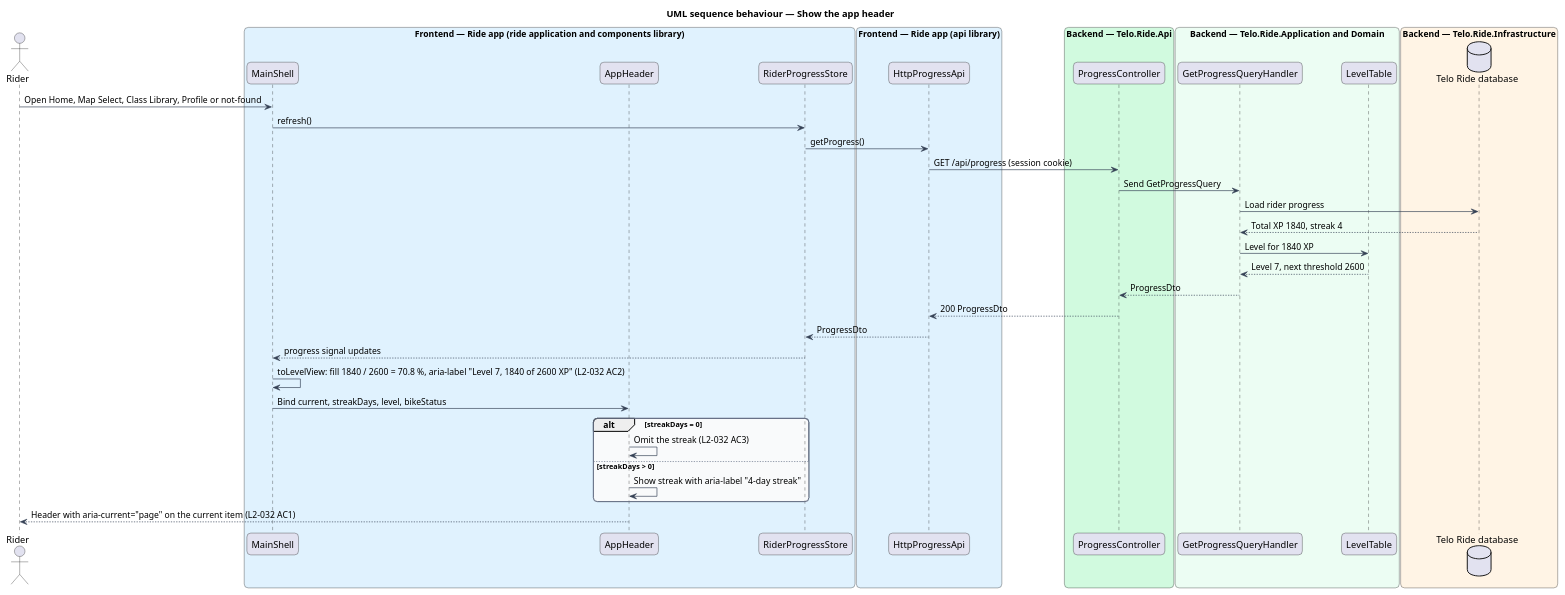
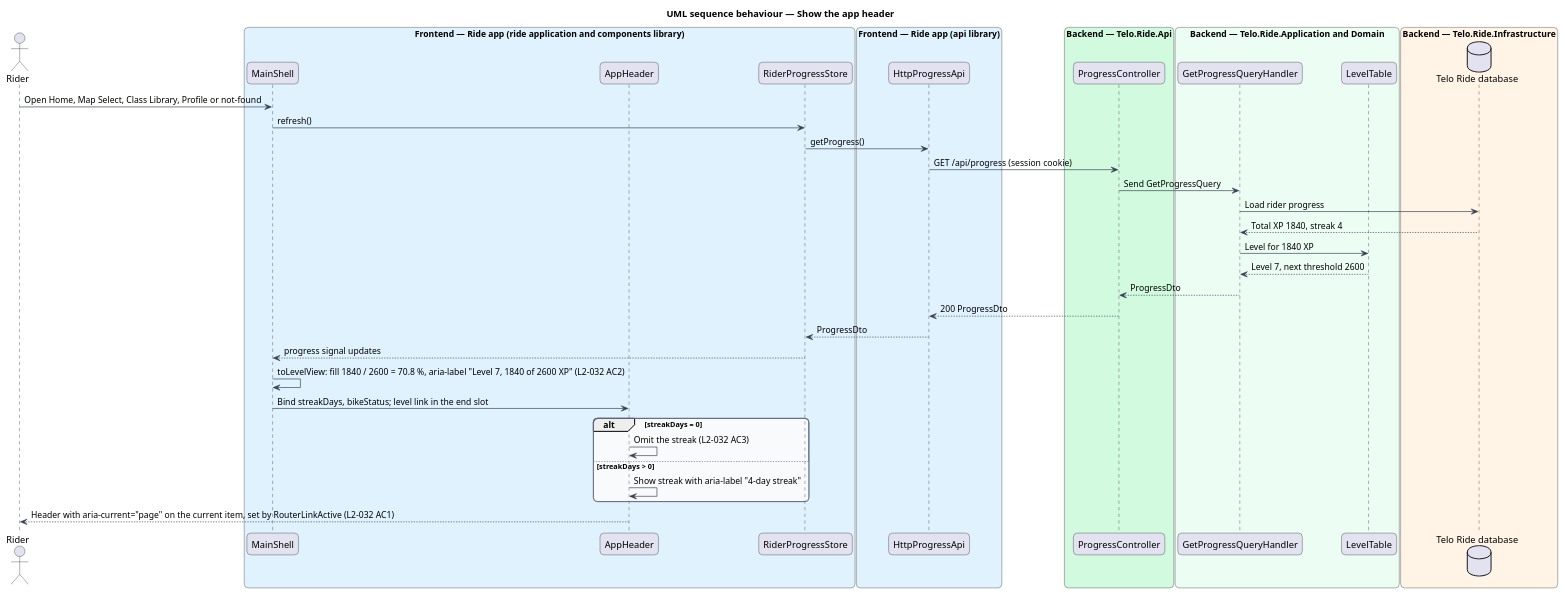
Before and after one commit to QuinntyneBrown/ride-one: the diagram in docs/detailed-designs/home/show-the-app-header/diagrams/sequence-show-header.puml, drawn with PlantUML. The commit also changed 128 other files, not shown here.

```diff
--- a/docs/detailed-designs/home/show-the-app-header/diagrams/sequence-show-header.puml
+++ b/docs/detailed-designs/home/show-the-app-header/diagrams/sequence-show-header.puml
@@ -1,57 +1,57 @@
 @startuml
 title UML sequence behaviour — Show the app header
 skinparam backgroundColor #FFFFFF
 skinparam shadowing false
 skinparam roundcorner 12
 skinparam defaultFontName Arial
 skinparam ArrowColor #344054
 skinparam rectangle {
   BorderColor #344054
   FontColor #101828
 }
 skinparam package {
   BorderColor #667085
   FontColor #101828
   BackgroundColor #F9FAFB
 }
 actor "Rider" as actor
 box "Frontend — Ride app (ride application and components library)" #E0F2FE
   participant "MainShell" as shell
   participant "AppHeader" as apphdr
   participant "RiderProgressStore" as store
 end box
 box "Frontend — Ride app (api library)" #E0F2FE
   participant "HttpProgressApi" as client
 end box
 box "Backend — Telo.Ride.Api" #D1FADF
   participant "ProgressController" as ctrl
 end box
 box "Backend — Telo.Ride.Application and Domain" #ECFDF3
   participant "GetProgressQueryHandler" as handler
   participant "LevelTable" as levels
 end box
 box "Backend — Telo.Ride.Infrastructure" #FFF4E5
   database "Telo Ride database" as db
 end box
 actor -> shell : Open Home, Map Select, Class Library, Profile or not-found
 shell -> store : refresh()
 store -> client : getProgress()
 client -> ctrl : GET /api/progress (session cookie)
 ctrl -> handler : Send GetProgressQuery
 handler -> db : Load rider progress
 db --> handler : Total XP 1840, streak 4
 handler -> levels : Level for 1840 XP
 levels --> handler : Level 7, next threshold 2600
 handler --> ctrl : ProgressDto
 ctrl --> client : 200 ProgressDto
 client --> store : ProgressDto
 store --> shell : progress signal updates
 shell -> shell : toLevelView: fill 1840 / 2600 = 70.8 %, aria-label "Level 7, 1840 of 2600 XP" (L2-032 AC2)
-shell -> apphdr : Bind current, streakDays, level, bikeStatus
+shell -> apphdr : Bind streakDays, bikeStatus; level link in the end slot
 alt streakDays = 0
   apphdr -> apphdr : Omit the streak (L2-032 AC3)
 else streakDays > 0
   apphdr -> apphdr : Show streak with aria-label "4-day streak"
 end
-apphdr --> actor : Header with aria-current="page" on the current item (L2-032 AC1)
+apphdr --> actor : Header with aria-current="page" on the current item, set by RouterLinkActive (L2-032 AC1)
 @enduml
```
